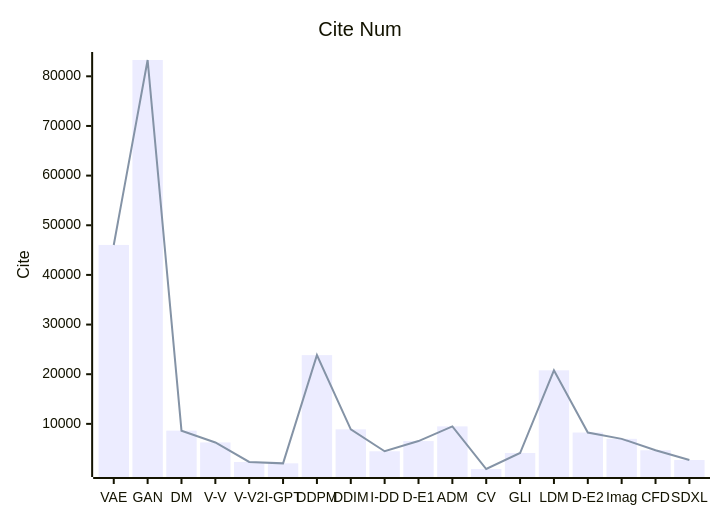
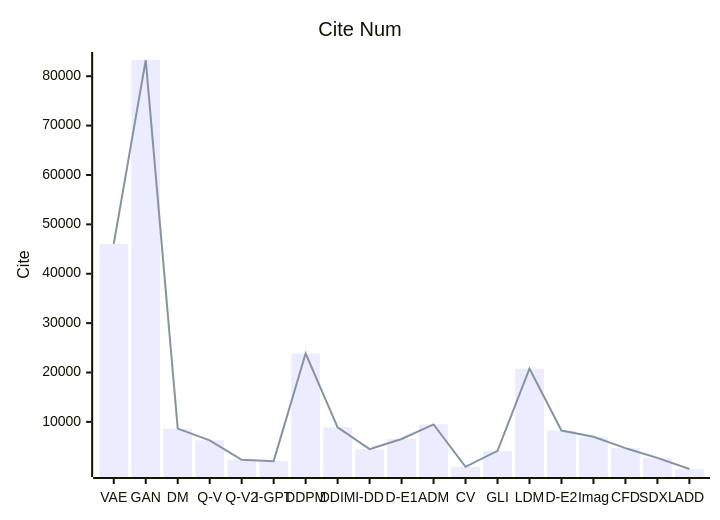
One commit to Elephant-King9/Paper changed the fifth of 5 diagrams in Base_Model/GAN+VAE+Diffusion/analyse.md. Above: the diagram before and after it, drawn with Mermaid. The commit also changed other lines of this file and 3 other files, not shown here.

````diff
--- a/Base_Model/GAN+VAE+Diffusion/analyse.md
+++ b/Base_Model/GAN+VAE+Diffusion/analyse.md
@@ -194,8 +198,8 @@
 ```mermaid
     xychart-beta
     title "Cite Num"
-    x-axis [VAE,GAN,DM,V-V,V-V2,I-GPT,DDPM,DDIM,I-DD,D-E1,ADM, CV,GLI,LDM,D-E2,Imag,CFD,SDXL]
+    x-axis [VAE,GAN,DM,Q-V,Q-V2,I-GPT,DDPM,DDIM,I-DD,D-E1,ADM, CV,GLI,LDM,D-E2,Imag,CFD,SDXL,ADD]
     y-axis "Cite" 
-    bar [46034, 83283, 8634,6258, 2329, 2050, 23847, 8896,4481,6536, 9492, 911,4128,20780, 8252,6983,4679,2713]
-    line [46034, 83283, 8634,6258, 2329, 2050, 23847, 8896,4481,6536, 9492, 911,4128,20780, 8252,6983,4679,2713]
+    bar [46034, 83283, 8634,6258, 2329, 2050, 23847, 8896,4481,6536, 9492, 911,4128,20780, 8252,6983,4679,2713,460]
+    line [46034, 83283, 8634,6258, 2329, 2050, 23847, 8896,4481,6536, 9492, 911,4128,20780, 8252,6983,4679,2713,460]
 ```
````
